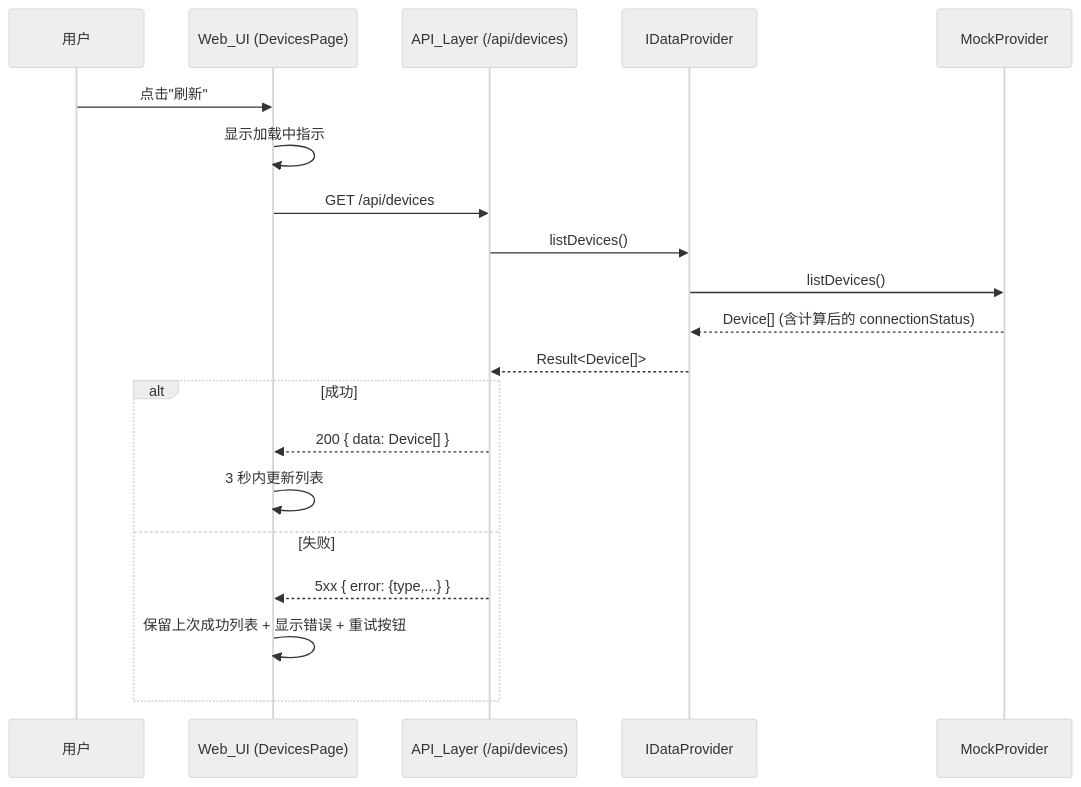
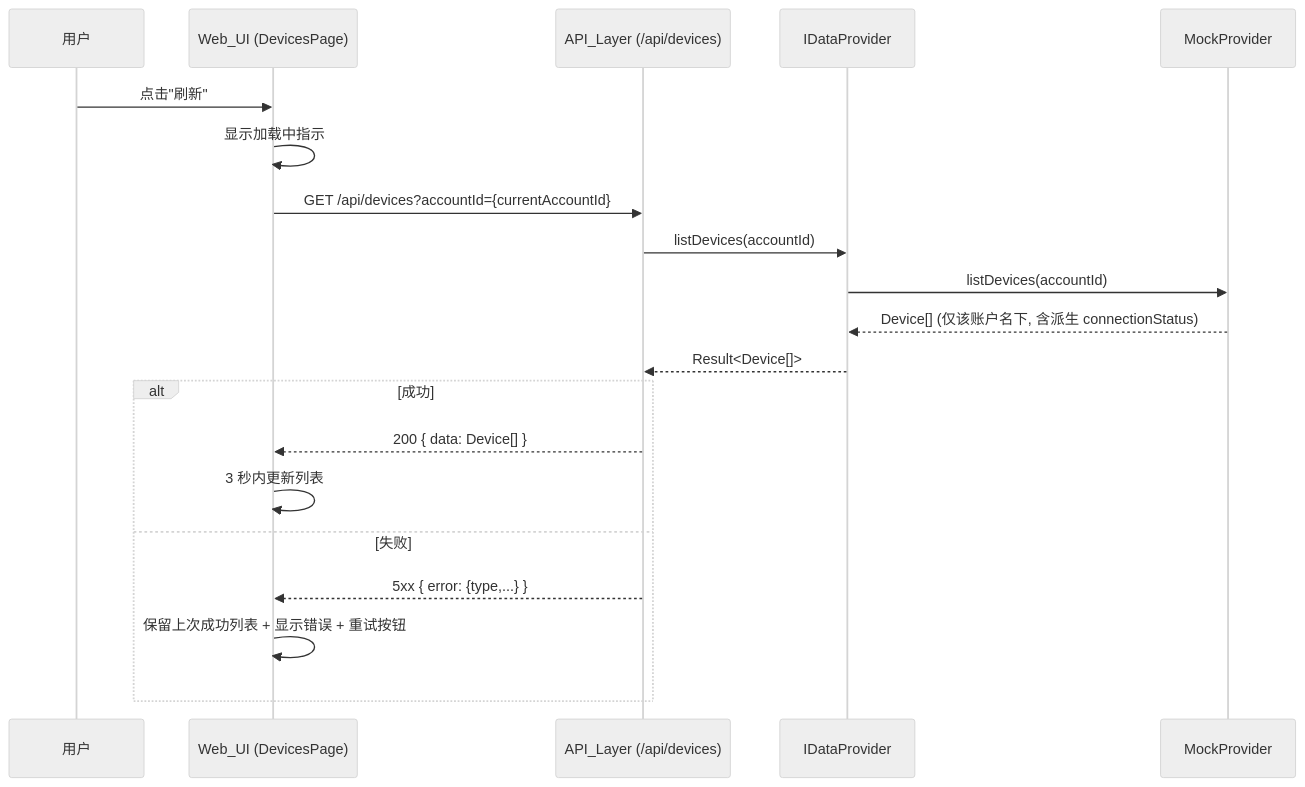
The third of 3 diagrams in .kiro/specs/energy-storage-management/design.md (liangruibupt/household-storage-em-sim), drawn with Mermaid (neutral theme) before and after one commit. The commit also changed other lines of this file and 66 other files, not shown here.

````diff
--- a/.kiro/specs/energy-storage-management/design.md
+++ b/.kiro/specs/energy-storage-management/design.md
@@ -71,23 +105,23 @@
 ```mermaid
 sequenceDiagram
     participant U as 用户
     participant UI as Web_UI (DevicesPage)
     participant API as API_Layer (/api/devices)
     participant DAL as IDataProvider
     participant MP as MockProvider
 
     U->>UI: 点击"刷新"
     UI->>UI: 显示加载中指示
-    UI->>API: GET /api/devices
-    API->>DAL: listDevices()
-    DAL->>MP: listDevices()
-    MP-->>DAL: Device[] (含计算后的 connectionStatus)
+    UI->>API: GET /api/devices?accountId={currentAccountId}
+    API->>DAL: listDevices(accountId)
+    DAL->>MP: listDevices(accountId)
+    MP-->>DAL: Device[] (仅该账户名下, 含派生 connectionStatus)
     DAL-->>API: Result<Device[]>
     alt 成功
         API-->>UI: 200 { data: Device[] }
         UI->>UI: 3 秒内更新列表
     else 失败
         API-->>UI: 5xx { error: {type,...} }
         UI->>UI: 保留上次成功列表 + 显示错误 + 重试按钮
     end
 ```
````
